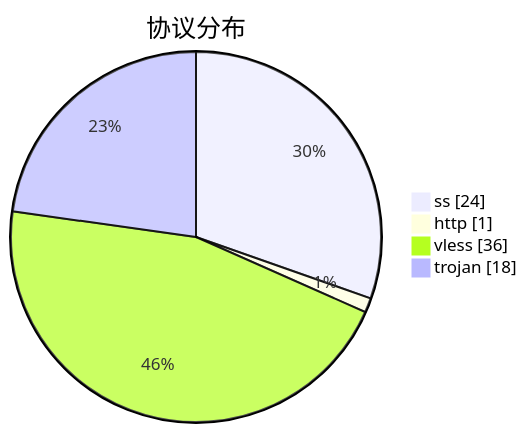
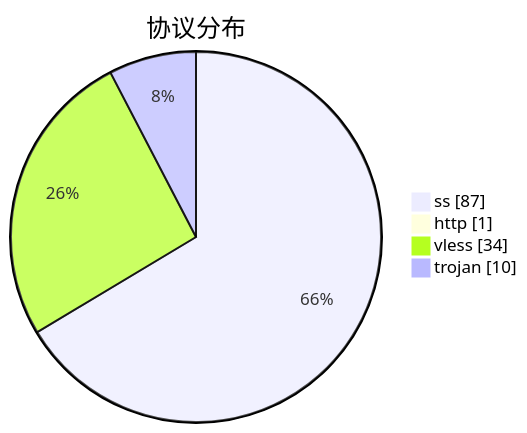
Before and after one commit to qjlxg/airport: the third of 3 diagrams in subs/statistics/tested_within.md, drawn with Mermaid. The commit also changed other lines of this file and 2 other files, not shown here.

````diff
--- a/subs/statistics/tested_within.md
+++ b/subs/statistics/tested_within.md
@@ -16,8 +16,8 @@
 ```mermaid
 pie showData
 title 协议分布
-"ss" : 24
+"ss" : 87
 "http" : 1
-"vless" : 36
-"trojan" : 18
+"vless" : 34
+"trojan" : 10
 ```
````
